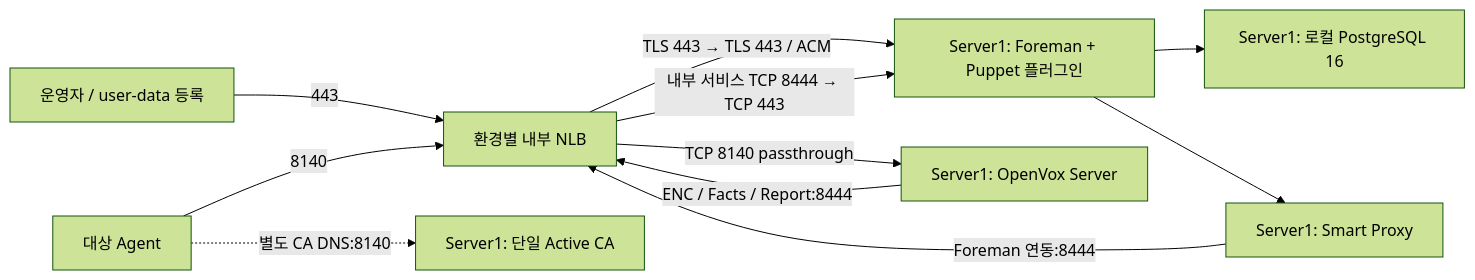
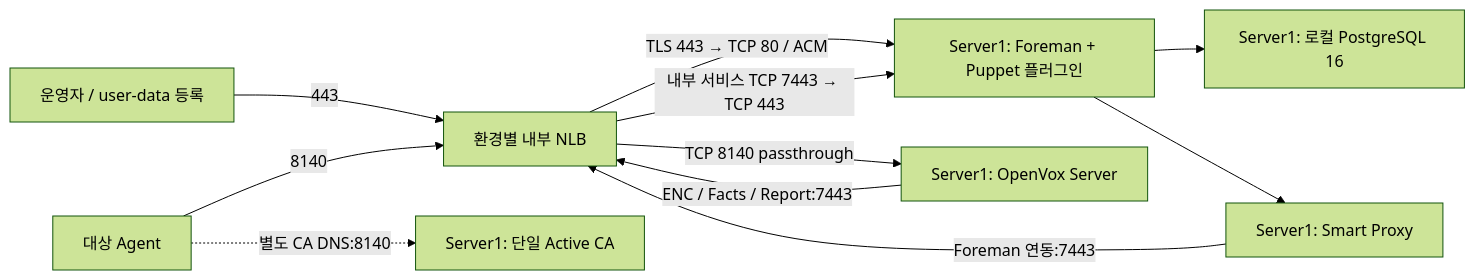
Before and after one commit to heyoon2j/y2-devops-lab: the diagram in foreman-puppet/docs/PHASED_ROLLOUT.md, drawn with Mermaid (forest theme). The commit also changed other lines of this file and 17 other files, not shown here.

Commit message:
docs: define NLB TLS offload and TCP passthrough target groups

````diff
--- a/foreman-puppet/docs/PHASED_ROLLOUT.md
+++ b/foreman-puppet/docs/PHASED_ROLLOUT.md
@@ -20,13 +20,13 @@
 ```mermaid
 flowchart LR
     U["운영자 / user-data 등록"] -->|"443"| L["환경별 내부 NLB"]
     A["대상 Agent"] -->|"8140"| L
-    L -->|"TLS 443 → TLS 443 / ACM"| F["Server1: Foreman + Puppet 플러그인"]
+    L -->|"TLS 443 → TCP 80 / ACM"| F["Server1: Foreman + Puppet 플러그인"]
     L -->|"TCP 8140 passthrough"| P["Server1: OpenVox Server"]
     F --> D["Server1: 로컬 PostgreSQL 16"]
     F --> S["Server1: Smart Proxy"]
-    P -->|"ENC / Facts / Report:8444"| L
-    S -->|"Foreman 연동:8444"| L
-    L -->|"내부 서비스 TCP 8444 → TCP 443"| F
+    P -->|"ENC / Facts / Report:7443"| L
+    S -->|"Foreman 연동:7443"| L
+    L -->|"내부 서비스 TCP 7443 → TCP 443"| F
     A -.->|"별도 CA DNS:8140"| C["Server1: 단일 Active CA"]
 ```
````
